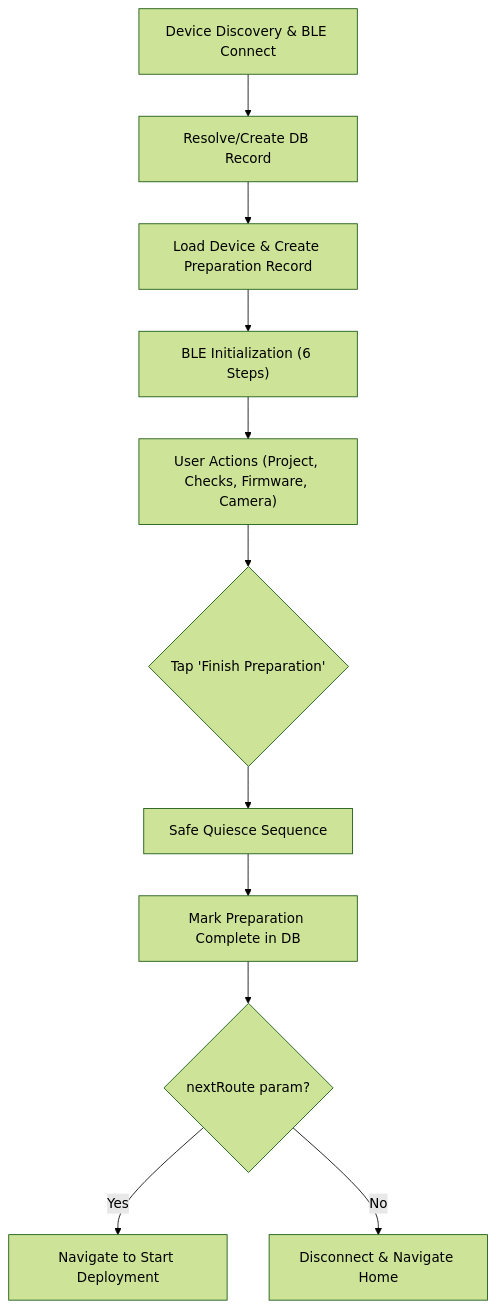
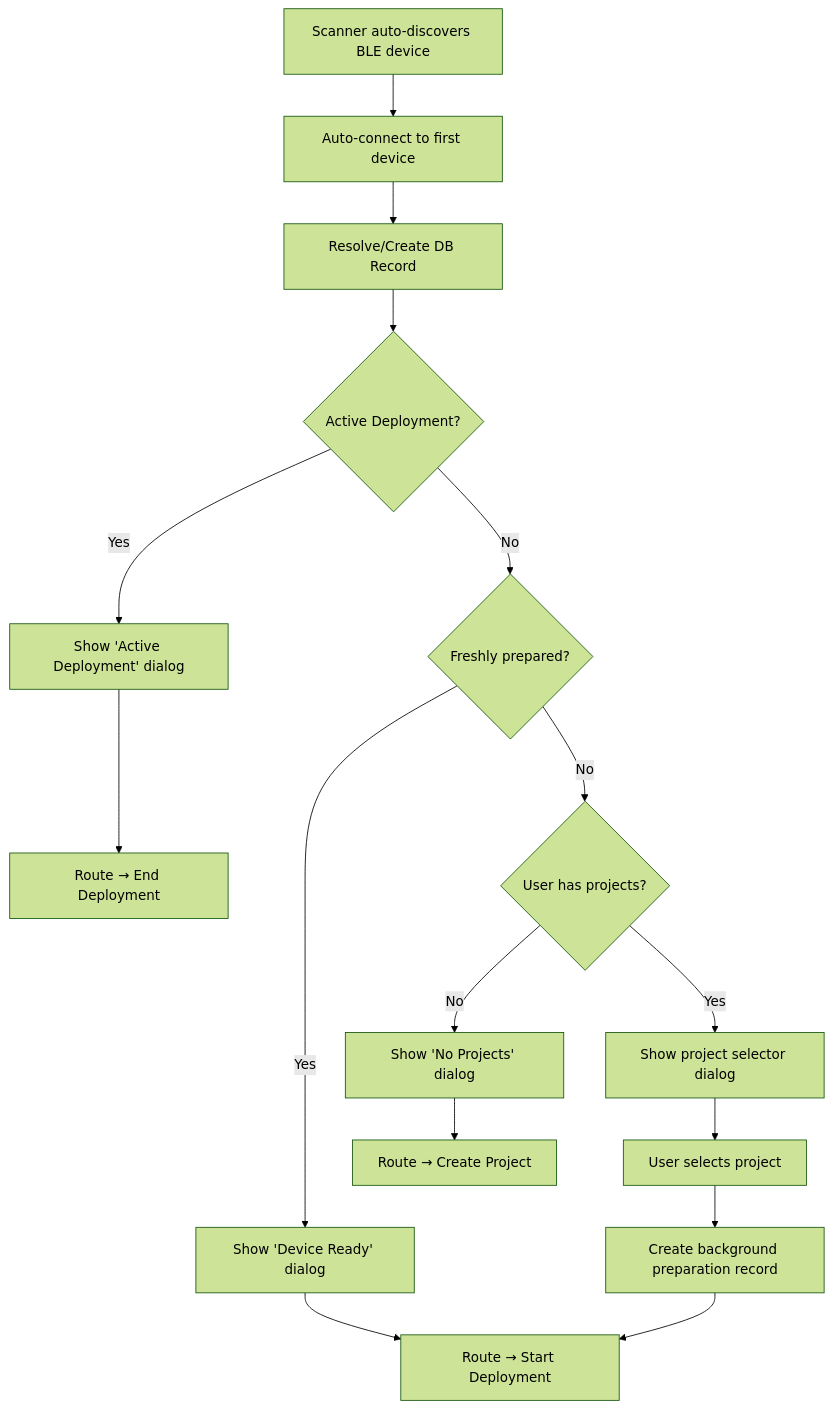
Before and after one commit to wildlifeai/ww-mobile-app: the first of 3 diagrams in documentation/onboarding/04-DEVICE-FLOWS.md, drawn with Mermaid (forest theme). The commit also changed other lines of this file and 53 other files, not shown here.

First line of the commit message:
feat: implement scanner auto-connect and background GPS location

````diff
--- a/documentation/onboarding/04-DEVICE-FLOWS.md
+++ b/documentation/onboarding/04-DEVICE-FLOWS.md
@@ -16,13 +19,18 @@
 ```mermaid
 flowchart TD
-    A["Device Discovery & BLE Connect"] --> B["Resolve/Create DB Record"]
-    B --> C["Load Device & Create Preparation Record"]
-    C --> D["BLE Initialization (6 Steps)"]
-    D --> E["User Actions (Project, Checks, Firmware, Camera)"]
-    E --> F{"Tap 'Finish Preparation'"}
-    F --> G["Safe Quiesce Sequence"]
-    G --> H["Mark Preparation Complete in DB"]
-    H --> I{"nextRoute param?"}
-    I -- Yes --> J["Navigate to Start Deployment"]
-    I -- No --> K["Disconnect & Navigate Home"]
+    A["Scanner auto-discovers BLE device"] --> B["Auto-connect to first device"]
+    B --> C["Resolve/Create DB Record"]
+    C --> D{"Active Deployment?"}
+    D -- Yes --> E["Show 'Active Deployment' dialog"]
+    E --> F["Route → End Deployment"]
+    D -- No --> G{"Freshly prepared?"}
+    G -- Yes --> H["Show 'Device Ready' dialog"]
+    H --> I["Route → Start Deployment"]
+    G -- No --> J{"User has projects?"}
+    J -- No --> K["Show 'No Projects' dialog"]
+    K --> L["Route → Create Project"]
+    J -- Yes --> M["Show project selector dialog"]
+    M --> N["User selects project"]
+    N --> O["Create background preparation record"]
+    O --> I
 ```
````
